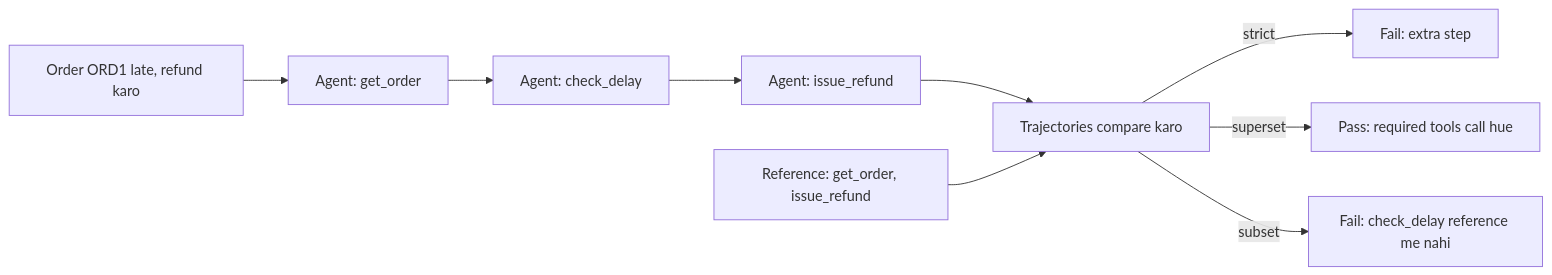
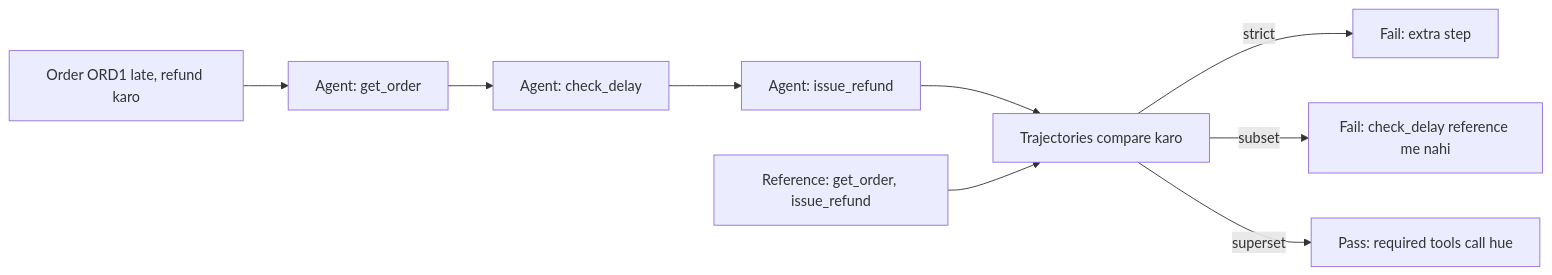
The fourth of 9 diagrams in content/11-agentic/09-agent-evals.md (flow6979/viewinter), drawn with Mermaid before and after one commit. The commit also changed other lines of this file and 26 other files, not shown here.

First line of the commit message:
Agentic AI: rewrite all 13 pages to explain from scratch; animate diagrams on every article

````diff
--- a/content/11-agentic/09-agent-evals.md
+++ b/content/11-agentic/09-agent-evals.md
@@ -74,11 +193,11 @@
 ```mermaid
 flowchart LR
     Q["Order ORD1 late, refund karo"] --> A1["Agent: get_order"]
     A1 --> A2["Agent: check_delay"]
     A2 --> A3["Agent: issue_refund"]
     A3 --> CMP["Trajectories compare karo"]
     RF["Reference: get_order, issue_refund"] --> CMP
     CMP -->|strict| F1["Fail: extra step"]
+    CMP -->|subset| F2["Fail: check_delay reference me nahi"]
     CMP -->|superset| P1["Pass: required tools call hue"]
-    CMP -->|subset| F2["Fail: check_delay reference me nahi"]
 ```
````
